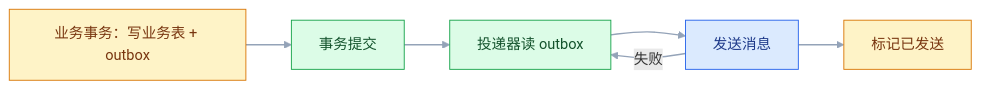
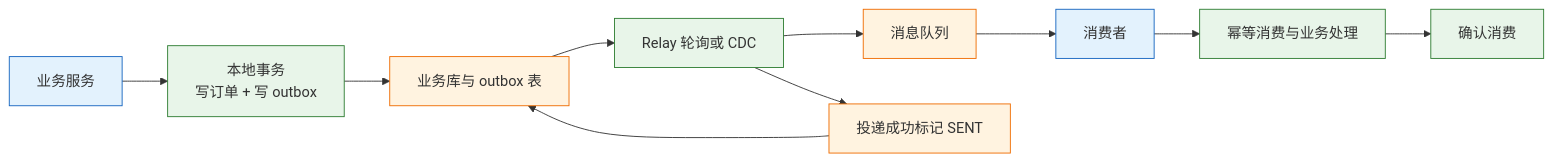
Before and after one commit to jimbosuper/studynotes: the fourth of 4 diagrams in blog/src/notes/03-架构/03-分布式与一致性/02-分布式事务与最终一致性.md, drawn with Mermaid. The commit also changed other lines of this file and 367 other files, not shown here.

````diff
--- a/blog/src/notes/03-架构/03-分布式与一致性/02-分布式事务与最终一致性.md
+++ b/blog/src/notes/03-架构/03-分布式与一致性/02-分布式事务与最终一致性.md
@@ -120,13 +287,18 @@
 ```mermaid
 flowchart LR
-    classDef db fill:#FEF3C7,stroke:#D97706,color:#78350F
-    classDef svc fill:#DCFCE7,stroke:#16A34A,color:#14532D
-    classDef mq fill:#DBEAFE,stroke:#2563EB,color:#1E3A8A
-
-    A["业务事务：写业务表 + outbox"]:::db --> B["事务提交"]:::svc
-    B --> C["投递器读 outbox"]:::svc
-    C --> D["发送消息"]:::mq
-    D --> E["标记已发送"]:::db
-    D -->|"失败"| C
-    linkStyle default stroke:#94A3B8,stroke-width:1.5px
+    S["业务服务"] --> TX["本地事务<br/>写订单 + 写 outbox"]
+    TX --> DB["业务库与 outbox 表"]
+    DB --> RL["Relay 轮询或 CDC"]
+    RL --> MQ["消息队列"]
+    MQ --> C["消费者"]
+    C --> CK["幂等消费与业务处理"]
+    CK --> ACK["确认消费"]
+    RL --> ST["投递成功标记 SENT"]
+    ST --> DB
+    classDef client fill:#e3f2fd,stroke:#1565c0;
+    classDef engine fill:#e8f5e9,stroke:#2e7d32;
+    classDef image fill:#fff3e0,stroke:#ef6c00;
+    class S,C client
+    class TX,RL,CK,ACK engine
+    class DB,MQ,ST image
 ```
````
